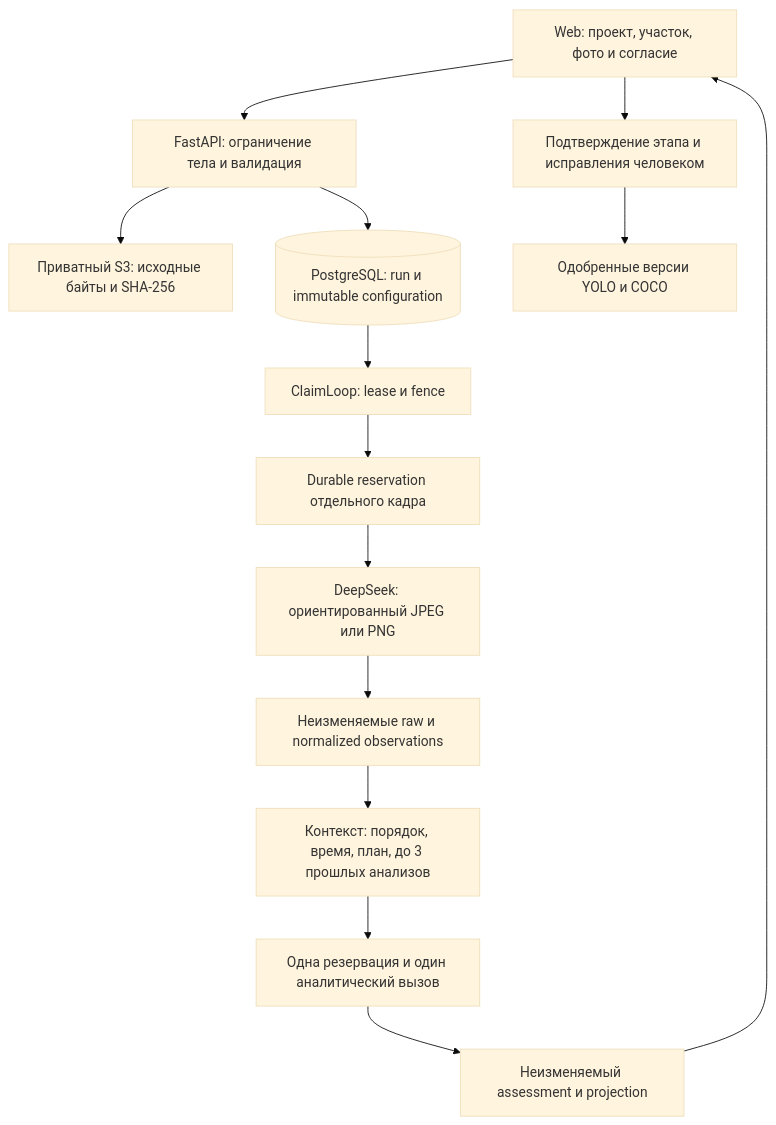
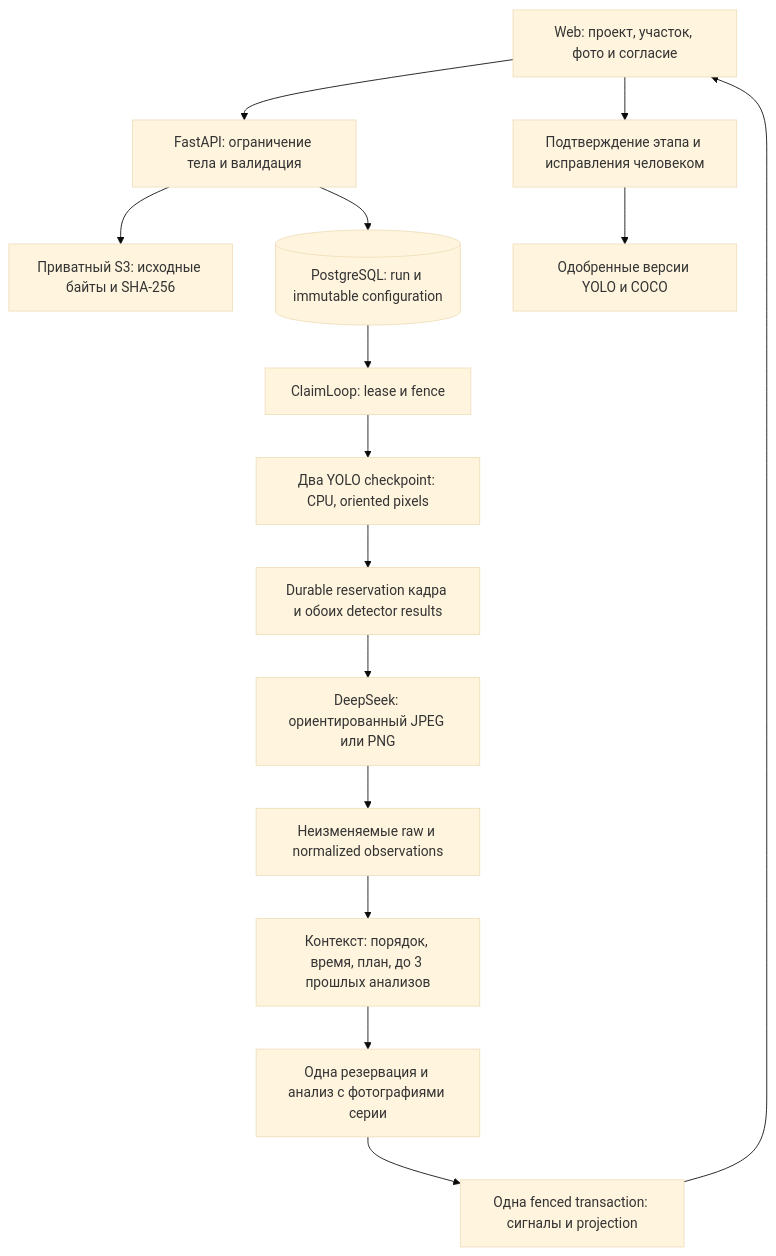
Before and after one commit to GorsheninNikolay/lzt-detecing-violations-system: the diagram in Architecture.md, drawn with Mermaid (base theme). The commit also changed other lines of this file and 70 other files, not shown here.

````diff
--- a/Architecture.md
+++ b/Architecture.md
@@ -14,16 +14,17 @@
 ```mermaid
 flowchart TD
     UI[Web: проект, участок, фото и согласие] --> API[FastAPI: ограничение тела и валидация]
     API --> S3[Приватный S3: исходные байты и SHA-256]
     API --> DB[(PostgreSQL: run и immutable configuration)]
     DB --> W[ClaimLoop: lease и fence]
-    W --> R[Durable reservation отдельного кадра]
+    W --> Y[Два YOLO checkpoint: CPU, oriented pixels]
+    Y --> R[Durable reservation кадра и обоих detector results]
     R --> D[DeepSeek: ориентированный JPEG или PNG]
     D --> O[Неизменяемые raw и normalized observations]
     O --> F[Контекст: порядок, время, план, до 3 прошлых анализов]
-    F --> A[Одна резервация и один аналитический вызов]
-    A --> P[Неизменяемый assessment и projection]
+    F --> A[Одна резервация и анализ с фотографиями серии]
+    A --> P[Одна fenced transaction: сигналы и projection]
     P --> UI
     UI --> H[Подтверждение этапа и исправления человеком]
     H --> E[Одобренные версии YOLO и COCO]
 ```
````
